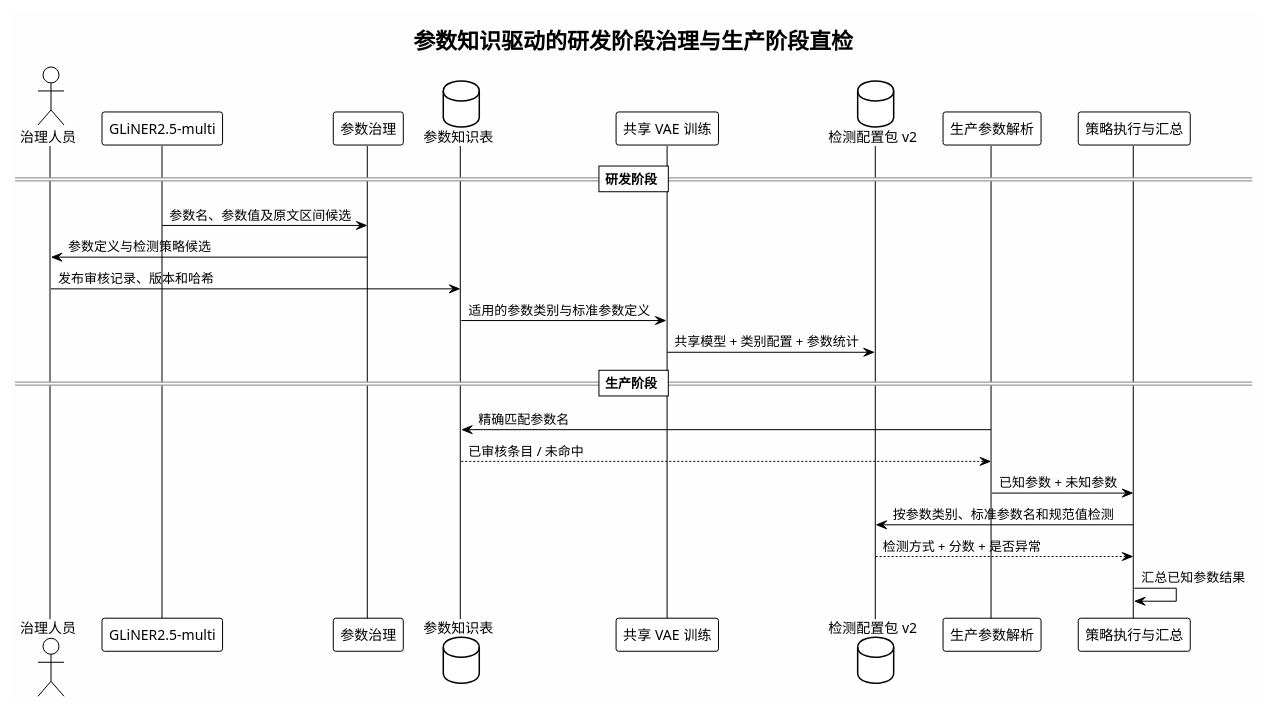
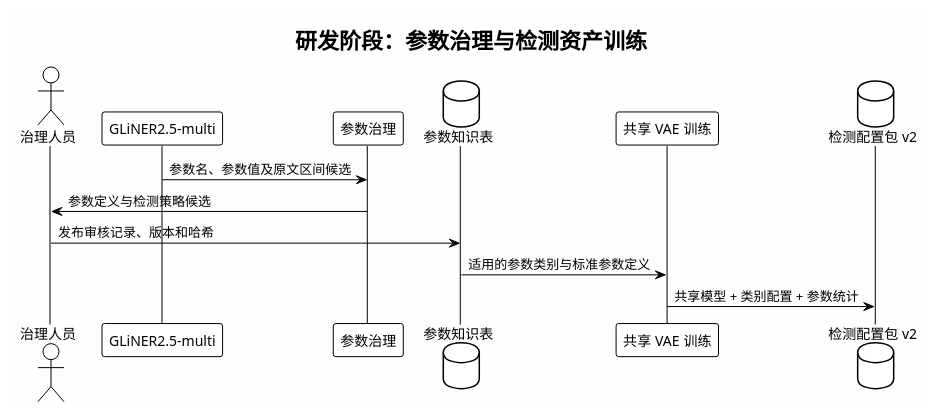
Before and after one commit to HouMonKy/TIG-PIPLUP: the seventh of 14 diagrams in LogNet3.0方案设计与实现文档.md, drawn with PlantUML. The commit also changed other lines of this file, not shown here.

First line of the commit message:
补充参数检测与分词增训流程图，拆分模块交互时序图

````diff
--- a/LogNet3.0方案设计与实现文档.md
+++ b/LogNet3.0方案设计与实现文档.md
@@ -707,34 +743,23 @@
 ```plantuml
-@startuml Parameter_Anomaly_Flow
+@startuml Parameter_Governance_Sequence
 !theme plain
 skinparam backgroundColor #FEFEFE
 skinparam shadowing false
 
-title 参数知识驱动的研发阶段治理与生产阶段直检
+title 研发阶段：参数治理与检测资产训练
 
 actor "治理人员" as Reviewer
 participant "GLiNER2.5-multi" as GLiNER
 participant "参数治理" as Govern
 database "参数知识表" as Knowledge
 participant "共享 VAE 训练" as Training
 database "检测配置包 v2" as Assets
-participant "生产参数解析" as Parser
-participant "策略执行与汇总" as Detect
 
-== 研发阶段 ==
 GLiNER -> Govern: 参数名、参数值及原文区间候选
 Govern -> Reviewer: 参数定义与检测策略候选
 Reviewer -> Knowledge: 发布审核记录、版本和哈希
 Knowledge -> Training: 适用的参数类别与标准参数定义
 Training -> Assets: 共享模型 + 类别配置 + 参数统计
 
-== 生产阶段 ==
-Parser -> Knowledge: 精确匹配参数名
-Knowledge --> Parser: 已审核条目 / 未命中
-Parser -> Detect: 已知参数 + 未知参数
-Detect -> Assets: 按参数类别、标准参数名和规范值检测
-Assets --> Detect: 检测方式 + 分数 + 是否异常
-Detect -> Detect: 汇总已知参数结果
-
 @enduml
 ```
````
